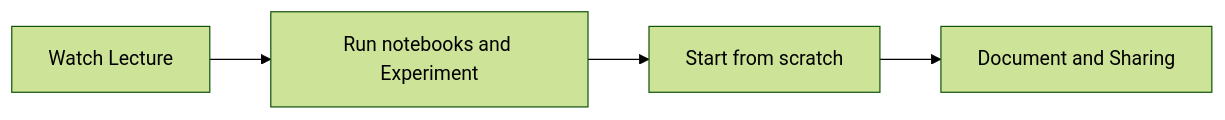
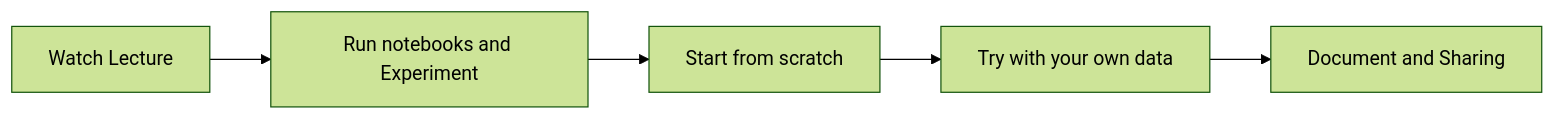
One commit to green-nk/practical-deep-learning changed the second of 2 diagrams in README.md. Above: the diagram before and after it, drawn with Mermaid (forest theme). The commit also changed other lines of this file, not shown here.

````diff
--- a/README.md
+++ b/README.md
@@ -18,4 +20,4 @@
 ```mermaid
 flowchart LR;
-    A[Watch Lecture] --> B[Run notebooks and Experiment] --> C[Start from scratch] --> D[Document and Sharing];
+    A[Watch Lecture] --> B[Run notebooks and Experiment] --> C[Start from scratch] --> D[Try with your own data] --> E[Document and Sharing];
 ```
````
